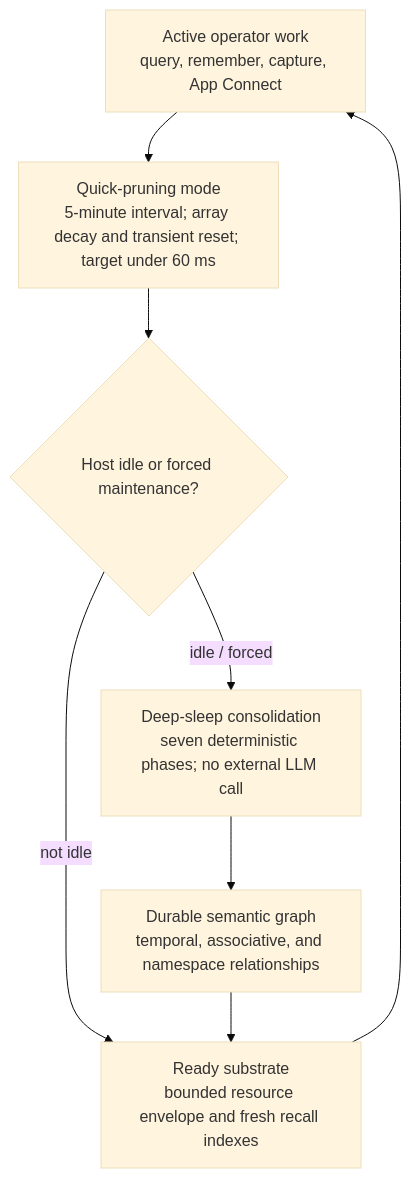
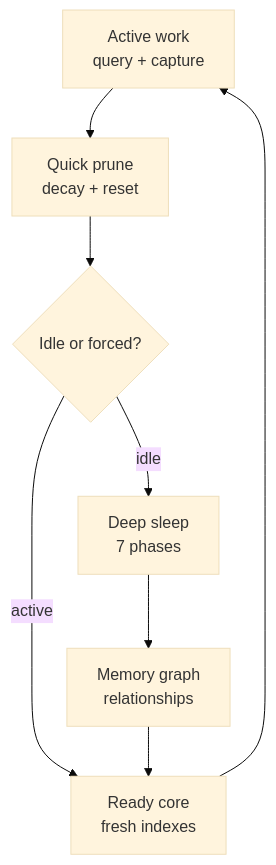
One commit to driverd12/SYNAPSE-S2 changed the third of 3 diagrams in docs/Neuromorphic-Attention-Plugin-Development-Plan.md. Above: the diagram before and after it, drawn with Mermaid (base theme). The commit also changed other lines of this file and 2 other files, not shown here.

Commit message:
Fix Mermaid docs and align math notation

````diff
--- a/docs/Neuromorphic-Attention-Plugin-Development-Plan.md
+++ b/docs/Neuromorphic-Attention-Plugin-Development-Plan.md
@@ -426,16 +437,16 @@
 ```mermaid
 flowchart TB
-  Active["Active operator work<br/>query, remember, capture, App Connect"]
-  Quick["Quick-pruning mode<br/>5-minute interval; array decay and transient reset; target under 60 ms"]
-  Idle{"Host idle or forced maintenance?"}
-  Deep["Deep-sleep consolidation<br/>seven deterministic phases; no external LLM call"]
-  Graph["Durable semantic graph<br/>temporal, associative, and namespace relationships"]
-  Ready["Ready substrate<br/>bounded resource envelope and fresh recall indexes"]
+  Active["Active work<br/>query + capture"]
+  Quick["Quick prune<br/>decay + reset"]
+  Idle{"Idle or forced?"}
+  Deep["Deep sleep<br/>7 phases"]
+  Graph["Memory graph<br/>relationships"]
+  Ready["Ready core<br/>fresh indexes"]
 
   Active --> Quick
   Quick --> Idle
-  Idle -->|"not idle"| Ready
-  Idle -->|"idle / forced"| Deep
+  Idle -->|"active"| Ready
+  Idle -->|"idle"| Deep
   Deep --> Graph --> Ready
   Ready --> Active
 ```
````
